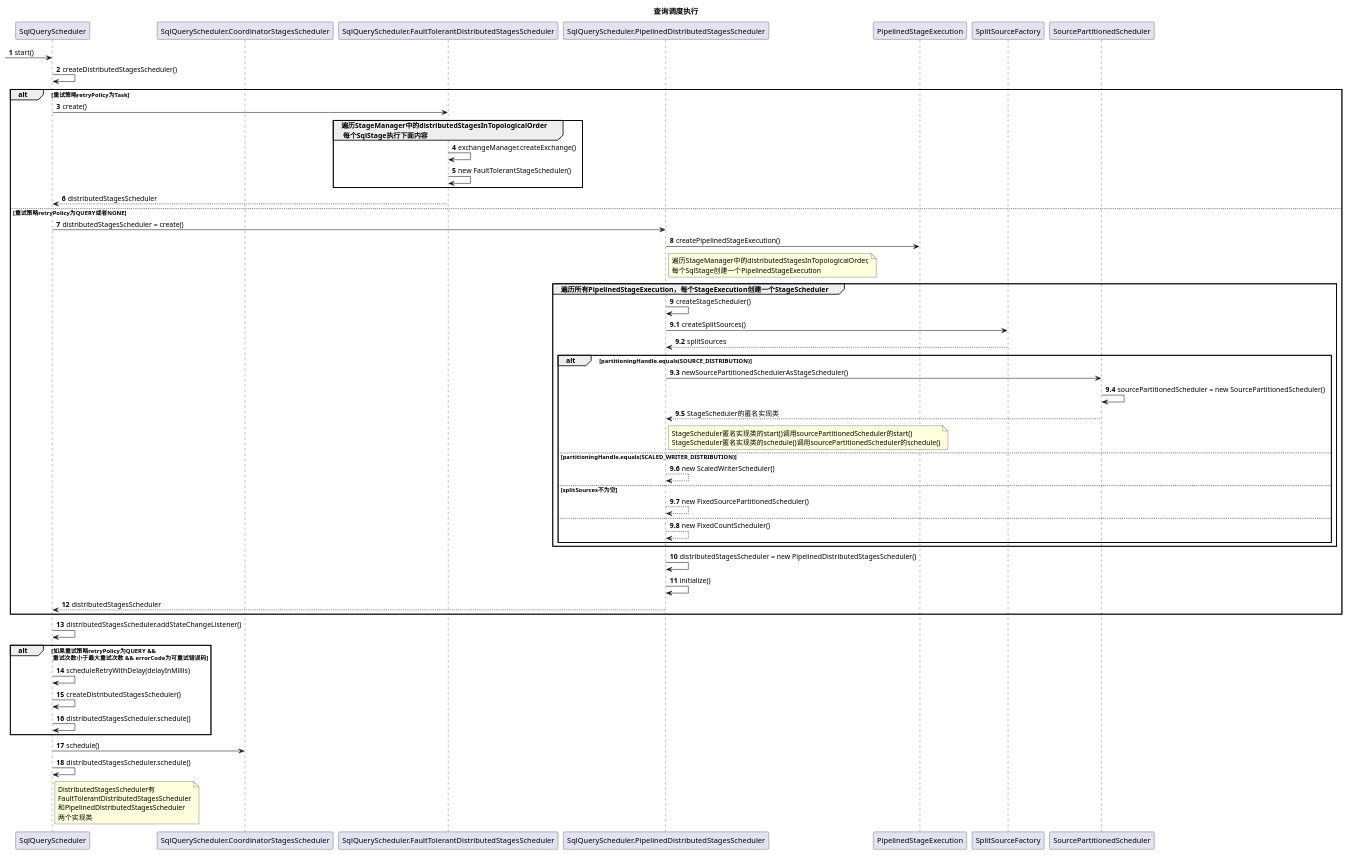
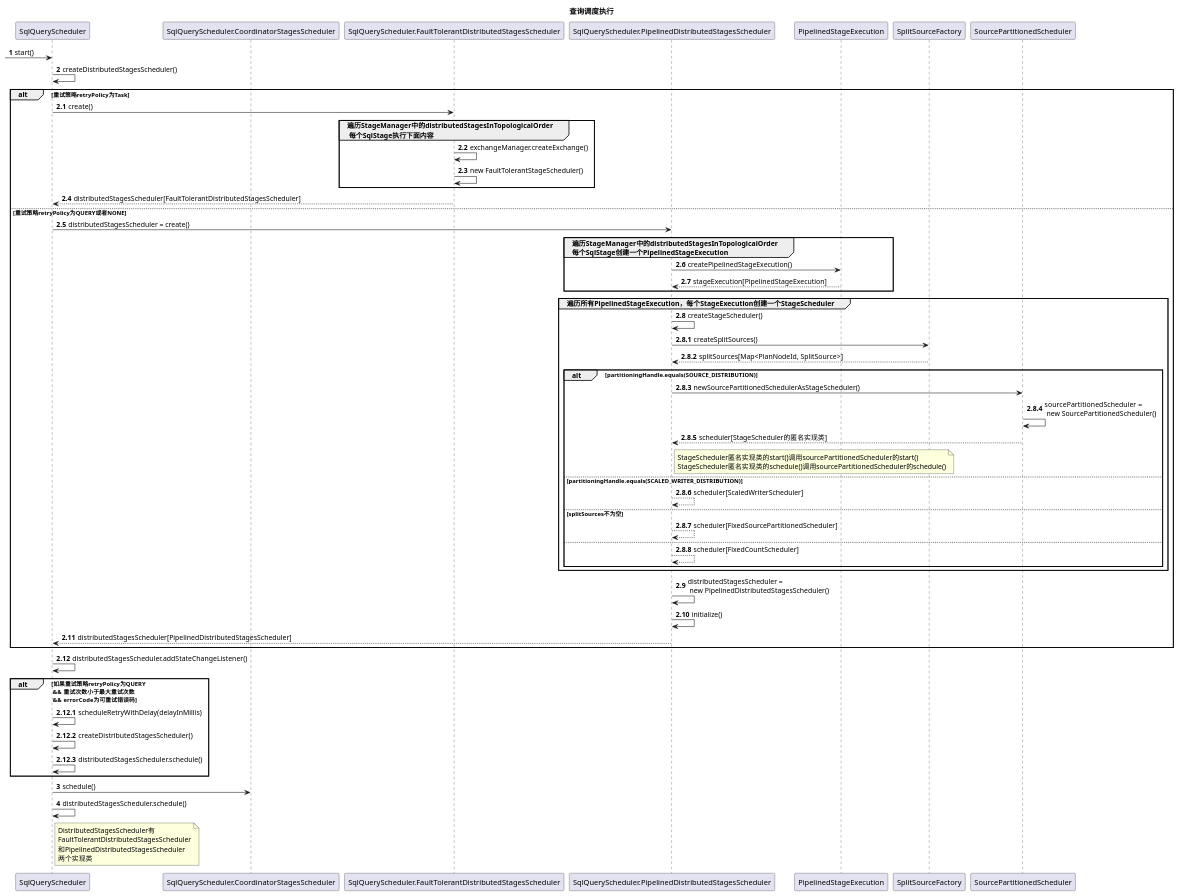
The second of 3 diagrams in trino/trino_query_scheduler.puml (pyh8023/study), drawn with PlantUML before and after one commit.

Commit message:
trino查询调度更新

```diff
--- a/trino/trino_query_scheduler.puml
+++ b/trino/trino_query_scheduler.puml
@@ -49,69 +49,71 @@
 @startuml
 title 查询调度执行
 autonumber
  -> SqlQueryScheduler : start()
 participant SqlQueryScheduler.CoordinatorStagesScheduler as CoordinatorStagesScheduler
 participant SqlQueryScheduler.FaultTolerantDistributedStagesScheduler as FaultTolerantDistributedStagesScheduler
 participant SqlQueryScheduler.PipelinedDistributedStagesScheduler as PipelinedDistributedStagesScheduler
 SqlQueryScheduler -> SqlQueryScheduler : createDistributedStagesScheduler()
 
+autonumber 2.1
 alt 重试策略retryPolicy为Task
     SqlQueryScheduler -> FaultTolerantDistributedStagesScheduler : create()
     group  遍历StageManager中的distributedStagesInTopologicalOrder\n 每个SqlStage执行下面内容
         FaultTolerantDistributedStagesScheduler -> FaultTolerantDistributedStagesScheduler : exchangeManager.createExchange()
         FaultTolerantDistributedStagesScheduler -> FaultTolerantDistributedStagesScheduler : new FaultTolerantStageScheduler()
     end
-    SqlQueryScheduler <-- FaultTolerantDistributedStagesScheduler : distributedStagesScheduler
+    SqlQueryScheduler <-- FaultTolerantDistributedStagesScheduler : distributedStagesScheduler[FaultTolerantDistributedStagesScheduler]
 else 重试策略retryPolicy为QUERY或者NONE
     SqlQueryScheduler -> PipelinedDistributedStagesScheduler : distributedStagesScheduler = create()
-    PipelinedDistributedStagesScheduler -> PipelinedStageExecution : createPipelinedStageExecution()
-    note right of PipelinedDistributedStagesScheduler
-        遍历StageManager中的distributedStagesInTopologicalOrder,
-        每个SqlStage创建一个PipelinedStageExecution
-    end note
+    group 遍历StageManager中的distributedStagesInTopologicalOrder\n每个SqlStage创建一个PipelinedStageExecution
+        PipelinedDistributedStagesScheduler -> PipelinedStageExecution : createPipelinedStageExecution()
+        PipelinedDistributedStagesScheduler <-- PipelinedStageExecution : stageExecution[PipelinedStageExecution]
+    end
 
     group 遍历所有PipelinedStageExecution，每个StageExecution创建一个StageScheduler
         PipelinedDistributedStagesScheduler -> PipelinedDistributedStagesScheduler : createStageScheduler()
-        autonumber 9.1
+        autonumber 2.8.1
         PipelinedDistributedStagesScheduler -> SplitSourceFactory : createSplitSources()
-        return splitSources
+        return splitSources[Map<PlanNodeId, SplitSource>]
         alt partitioningHandle.equals(SOURCE_DISTRIBUTION)
             PipelinedDistributedStagesScheduler -> SourcePartitionedScheduler : newSourcePartitionedSchedulerAsStageScheduler()
-            SourcePartitionedScheduler -> SourcePartitionedScheduler : sourcePartitionedScheduler = new SourcePartitionedScheduler()
-            SourcePartitionedScheduler --> PipelinedDistributedStagesScheduler :  StageScheduler的匿名实现类
+            SourcePartitionedScheduler -> SourcePartitionedScheduler : sourcePartitionedScheduler  =  \n new SourcePartitionedScheduler()
+            SourcePartitionedScheduler --> PipelinedDistributedStagesScheduler :  scheduler[StageScheduler的匿名实现类]
             note right of PipelinedDistributedStagesScheduler
                 StageScheduler匿名实现类的start()调用sourcePartitionedScheduler的start()
                 StageScheduler匿名实现类的schedule()调用sourcePartitionedScheduler的schedule()
             end note
         else partitioningHandle.equals(SCALED_WRITER_DISTRIBUTION)
-            PipelinedDistributedStagesScheduler --> PipelinedDistributedStagesScheduler :  new ScaledWriterScheduler()
+            PipelinedDistributedStagesScheduler --> PipelinedDistributedStagesScheduler :  scheduler[ScaledWriterScheduler]
         else splitSources不为空
-            PipelinedDistributedStagesScheduler --> PipelinedDistributedStagesScheduler : new FixedSourcePartitionedScheduler()
+            PipelinedDistributedStagesScheduler --> PipelinedDistributedStagesScheduler : scheduler[FixedSourcePartitionedScheduler]
         else
-            PipelinedDistributedStagesScheduler --> PipelinedDistributedStagesScheduler :  new FixedCountScheduler()
+            PipelinedDistributedStagesScheduler --> PipelinedDistributedStagesScheduler :  scheduler[FixedCountScheduler]
         end
     end
 
-    autonumber 10
-    PipelinedDistributedStagesScheduler -> PipelinedDistributedStagesScheduler : distributedStagesScheduler = new PipelinedDistributedStagesScheduler()
+    autonumber 2.9
+    PipelinedDistributedStagesScheduler -> PipelinedDistributedStagesScheduler : distributedStagesScheduler = \n new PipelinedDistributedStagesScheduler()
     PipelinedDistributedStagesScheduler -> PipelinedDistributedStagesScheduler : initialize()
-    SqlQueryScheduler <-- PipelinedDistributedStagesScheduler : distributedStagesScheduler
+    SqlQueryScheduler <-- PipelinedDistributedStagesScheduler : distributedStagesScheduler[PipelinedDistributedStagesScheduler]
 end
 
+
 SqlQueryScheduler -> SqlQueryScheduler : distributedStagesScheduler.addStateChangeListener()
-
-alt 如果重试策略retryPolicy为QUERY && \n 重试次数小于最大重试次数 &&  errorCode为可重试错误码
+autonumber 2.12.1
+alt 如果重试策略retryPolicy为QUERY  \n &&  重试次数小于最大重试次数 \n &&  errorCode为可重试错误码
     SqlQueryScheduler -> SqlQueryScheduler : scheduleRetryWithDelay(delayInMillis)
     SqlQueryScheduler -> SqlQueryScheduler : createDistributedStagesScheduler()
     SqlQueryScheduler -> SqlQueryScheduler : distributedStagesScheduler.schedule()
 end
 
+autonumber 3
 SqlQueryScheduler -> CoordinatorStagesScheduler : schedule()
 SqlQueryScheduler -> SqlQueryScheduler : distributedStagesScheduler.schedule()
 note right of SqlQueryScheduler
     DistributedStagesScheduler有
     FaultTolerantDistributedStagesScheduler
     和PipelinedDistributedStagesScheduler
     两个实现类
 end note
 @enduml
```
